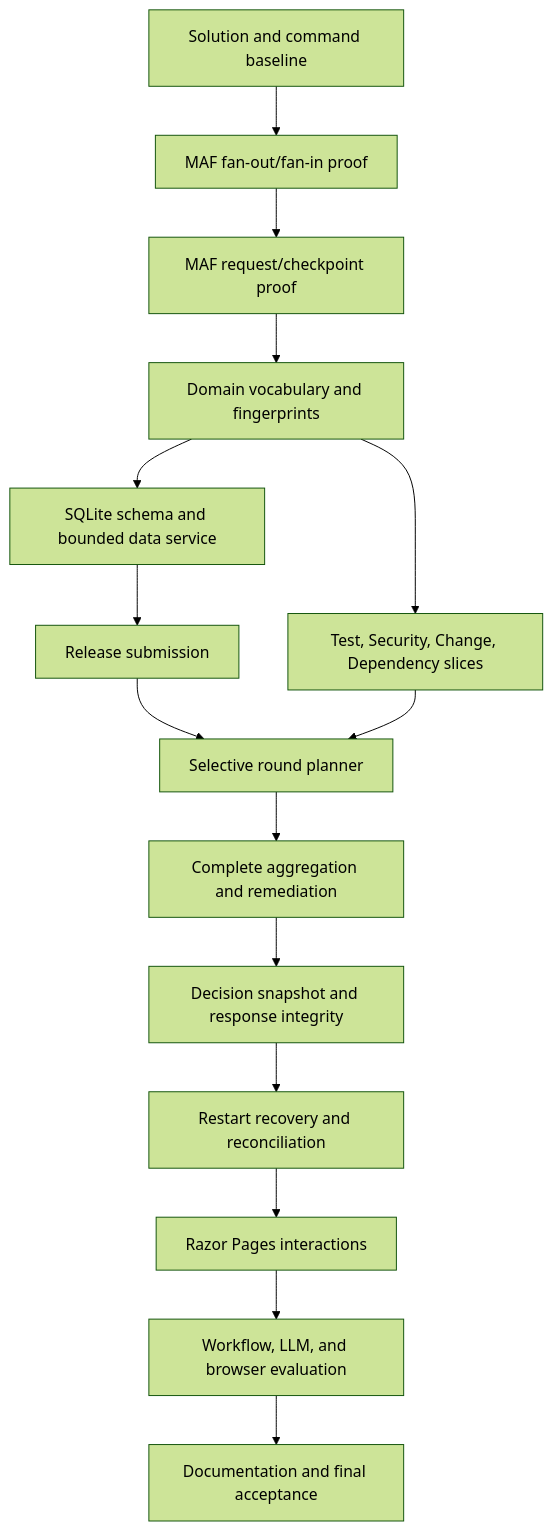
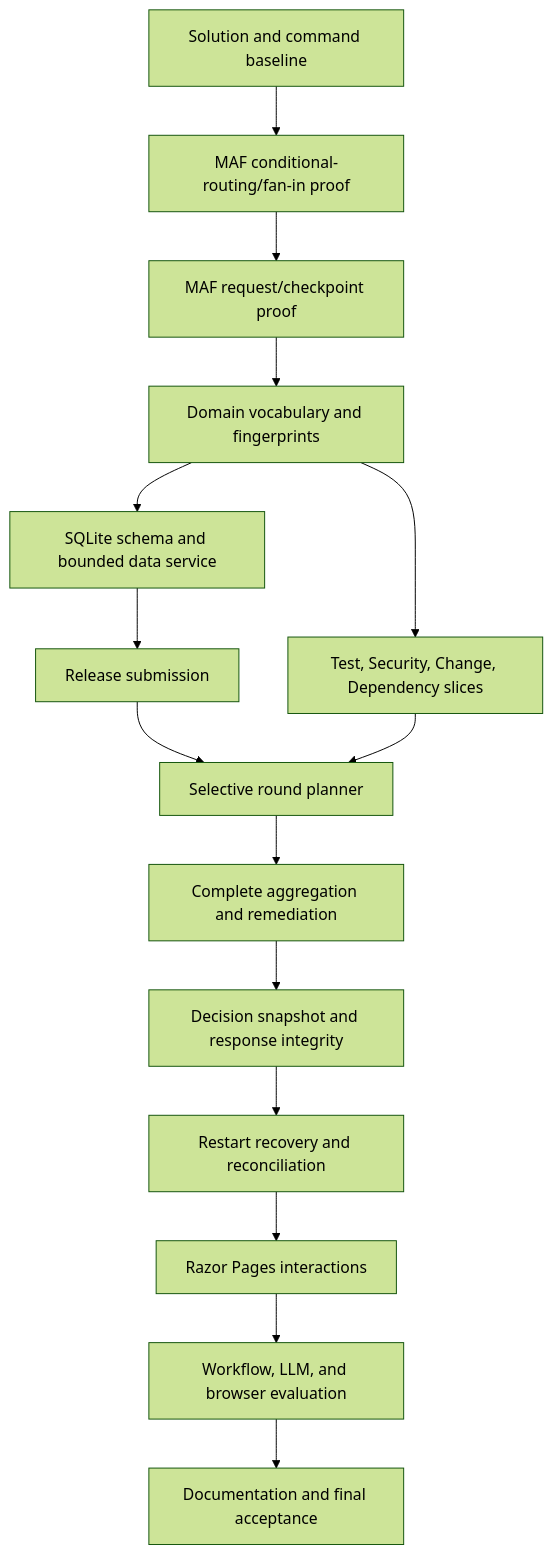
One commit to mariusz-kacz/release-readiness-coordinator changed the diagram in tasks/plan.md. Above: the diagram before and after it, drawn with Mermaid (forest theme). The commit also changed other lines of this file and 90 other files, not shown here.

````diff
--- a/tasks/plan.md
+++ b/tasks/plan.md
@@ -44,17 +44,17 @@
 ```mermaid
 flowchart TD
-    A[Solution and command baseline] --> B[MAF fan-out/fan-in proof]
+    A[Solution and command baseline] --> B[MAF conditional-routing/fan-in proof]
     B --> C[MAF request/checkpoint proof]
     C --> D[Domain vocabulary and fingerprints]
     D --> E[SQLite schema and bounded data service]
     E --> F[Release submission]
     D --> G[Test, Security, Change, Dependency slices]
     F --> H[Selective round planner]
     G --> H
     H --> I[Complete aggregation and remediation]
     I --> J[Decision snapshot and response integrity]
     J --> K[Restart recovery and reconciliation]
     K --> L[Razor Pages interactions]
     L --> M[Workflow, LLM, and browser evaluation]
     M --> N[Documentation and final acceptance]
 ```
````
